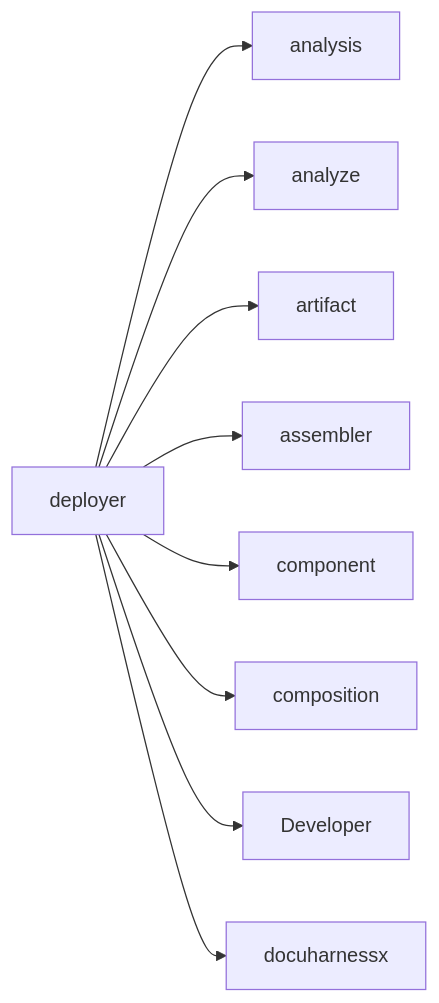
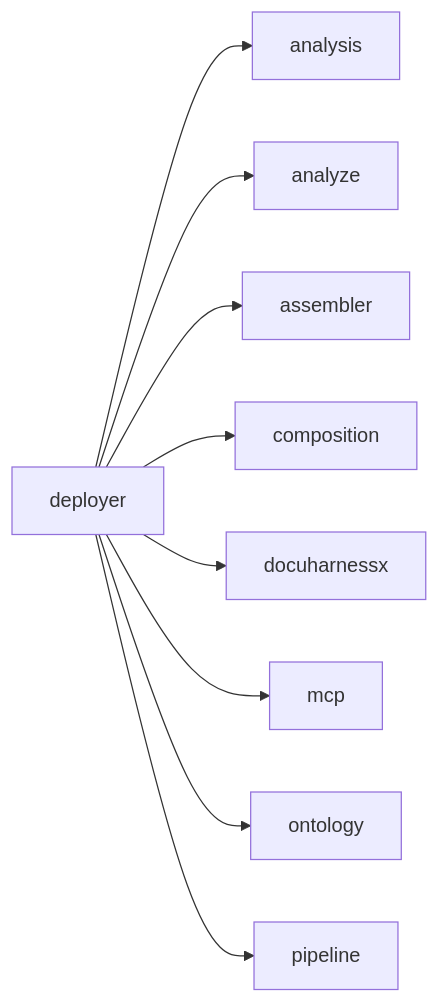
One commit to norandom/DocuHarnessX changed the ninth of 30 diagrams in docs/glossary.md. Above: the diagram before and after it, drawn with Mermaid. The commit also changed other lines of this file and 7 other files, not shown here.

````diff
--- a/docs/glossary.md
+++ b/docs/glossary.md
@@ -421,20 +316,20 @@
 ```mermaid
 flowchart LR
   here["deployer"]
   r0["analysis"]
   here --> r0
   r1["analyze"]
   here --> r1
-  r2["artifact"]
+  r2["assembler"]
   here --> r2
-  r3["assembler"]
+  r3["composition"]
   here --> r3
-  r4["component"]
+  r4["docuharnessx"]
   here --> r4
-  r5["composition"]
+  r5["mcp"]
   here --> r5
-  r6["Developer"]
+  r6["ontology"]
   here --> r6
-  r7["docuharnessx"]
+  r7["pipeline"]
   here --> r7
 ```
````
